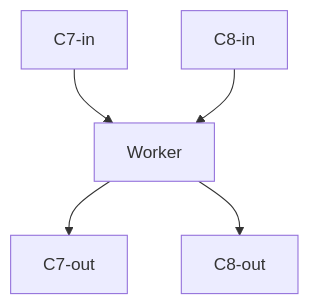
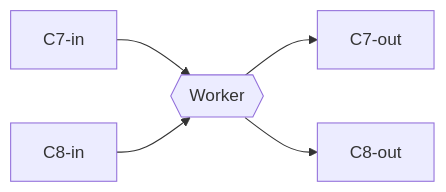
Before and after one commit to Miragon/miranum: the first of 4 diagrams in README.md, drawn with Mermaid. The commit also changed other lines of this file, not shown here.

````diff
--- a/README.md
+++ b/README.md
@@ -28,7 +28,8 @@
 ```mermaid
-  graph TD;
-      C7-in-->Worker;
-      C8-in-->Worker;
-      Worker-->C7-out;
-      Worker-->C8-out;
+  graph LR;
+      C7-in-->W{{Worker}};
+      C8-in-->W;
+      W-->C7-out;
+      W-->C8-out;
+ 
 ```
````
